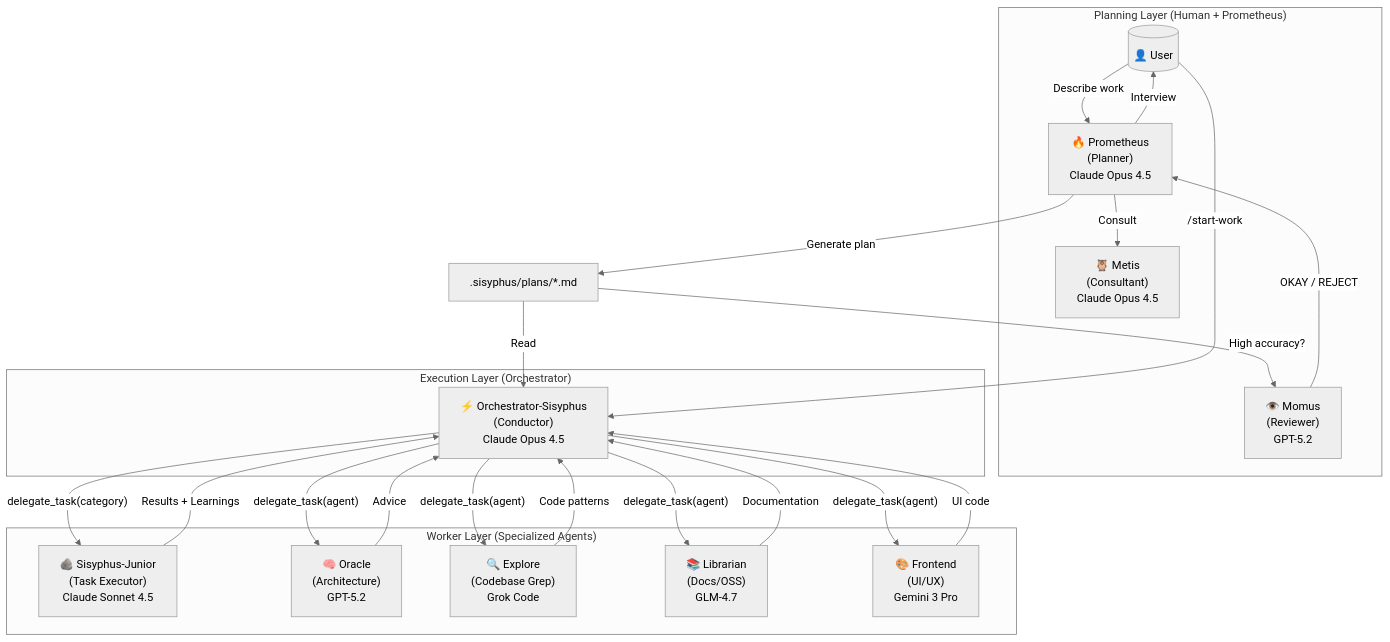
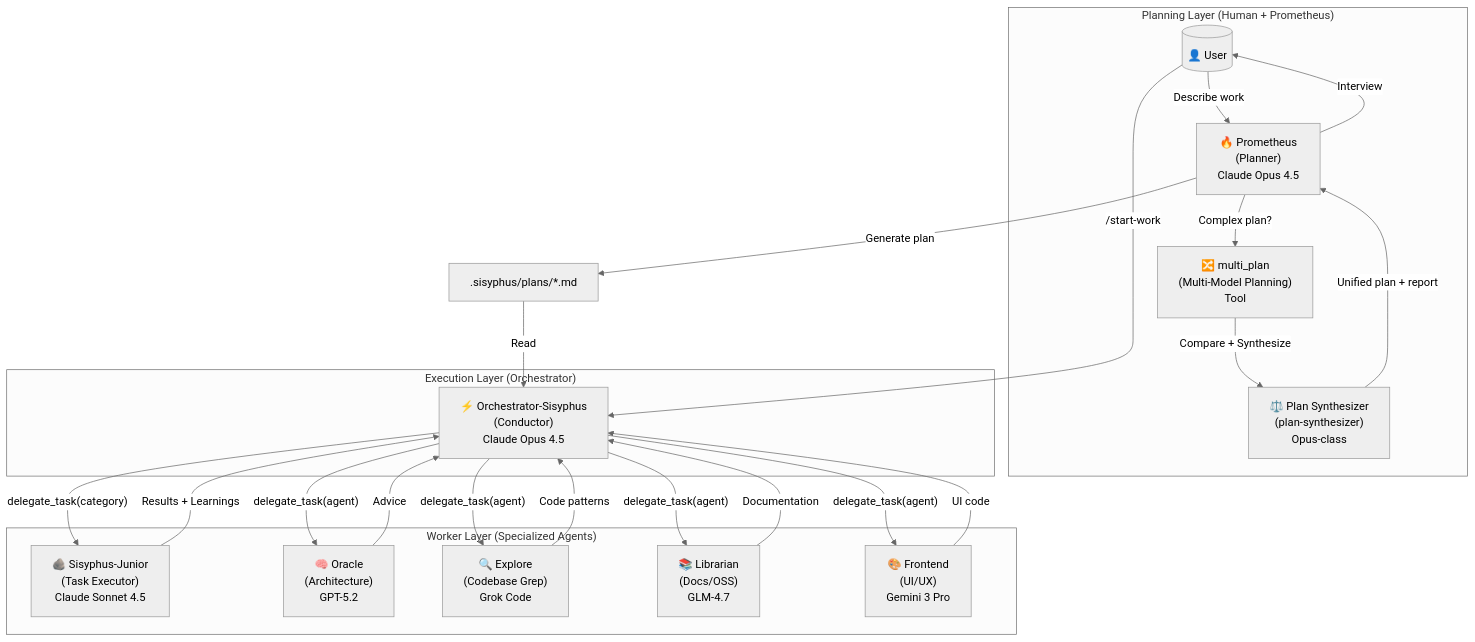
One commit to arcthur/oh-my-opencode changed the first of 4 diagrams in docs/guide/understanding-orchestration-system.md. Above: the diagram before and after it, drawn with Mermaid (neutral theme). The commit also changed other lines of this file and 43 other files, not shown here.

First line of the commit message:
refactor(multi-plan): consolidate planning agents into unified pipeline

````diff
--- a/docs/guide/understanding-orchestration-system.md
+++ b/docs/guide/understanding-orchestration-system.md
@@ -22,43 +22,43 @@
 ```mermaid
 flowchart TB
     subgraph Planning["Planning Layer (Human + Prometheus)"]
         User[("👤 User")]
         Prometheus["🔥 Prometheus<br/>(Planner)<br/>Claude Opus 4.5"]
-        Metis["🦉 Metis<br/>(Consultant)<br/>Claude Opus 4.5"]
-        Momus["👁️ Momus<br/>(Reviewer)<br/>GPT-5.2"]
+        MultiPlan["🔀 multi_plan<br/>(Multi-Model Planning)<br/>Tool"]
+        Synth["⚖️ Plan Synthesizer<br/>(plan-synthesizer)<br/>Opus-class"]
     end
     
     subgraph Execution["Execution Layer (Orchestrator)"]
         Orchestrator["⚡ Orchestrator-Sisyphus<br/>(Conductor)<br/>Claude Opus 4.5"]
     end
     
     subgraph Workers["Worker Layer (Specialized Agents)"]
         Junior["🪨 Sisyphus-Junior<br/>(Task Executor)<br/>Claude Sonnet 4.5"]
         Oracle["🧠 Oracle<br/>(Architecture)<br/>GPT-5.2"]
         Explore["🔍 Explore<br/>(Codebase Grep)<br/>Grok Code"]
         Librarian["📚 Librarian<br/>(Docs/OSS)<br/>GLM-4.7"]
         Frontend["🎨 Frontend<br/>(UI/UX)<br/>Gemini 3 Pro"]
     end
     
     User -->|"Describe work"| Prometheus
-    Prometheus -->|"Consult"| Metis
     Prometheus -->|"Interview"| User
     Prometheus -->|"Generate plan"| Plan[".sisyphus/plans/*.md"]
-    Plan -->|"High accuracy?"| Momus
-    Momus -->|"OKAY / REJECT"| Prometheus
+    Prometheus -->|"Complex plan?"| MultiPlan
+    MultiPlan -->|"Compare + Synthesize"| Synth
+    Synth -->|"Unified plan + report"| Prometheus
     
     User -->|"/start-work"| Orchestrator
     Plan -->|"Read"| Orchestrator
     
     Orchestrator -->|"delegate_task(category)"| Junior
     Orchestrator -->|"delegate_task(agent)"| Oracle
     Orchestrator -->|"delegate_task(agent)"| Explore
     Orchestrator -->|"delegate_task(agent)"| Librarian
     Orchestrator -->|"delegate_task(agent)"| Frontend
     
     Junior -->|"Results + Learnings"| Orchestrator
     Oracle -->|"Advice"| Orchestrator
     Explore -->|"Code patterns"| Orchestrator
     Librarian -->|"Documentation"| Orchestrator
     Frontend -->|"UI code"| Orchestrator
 ```
````
